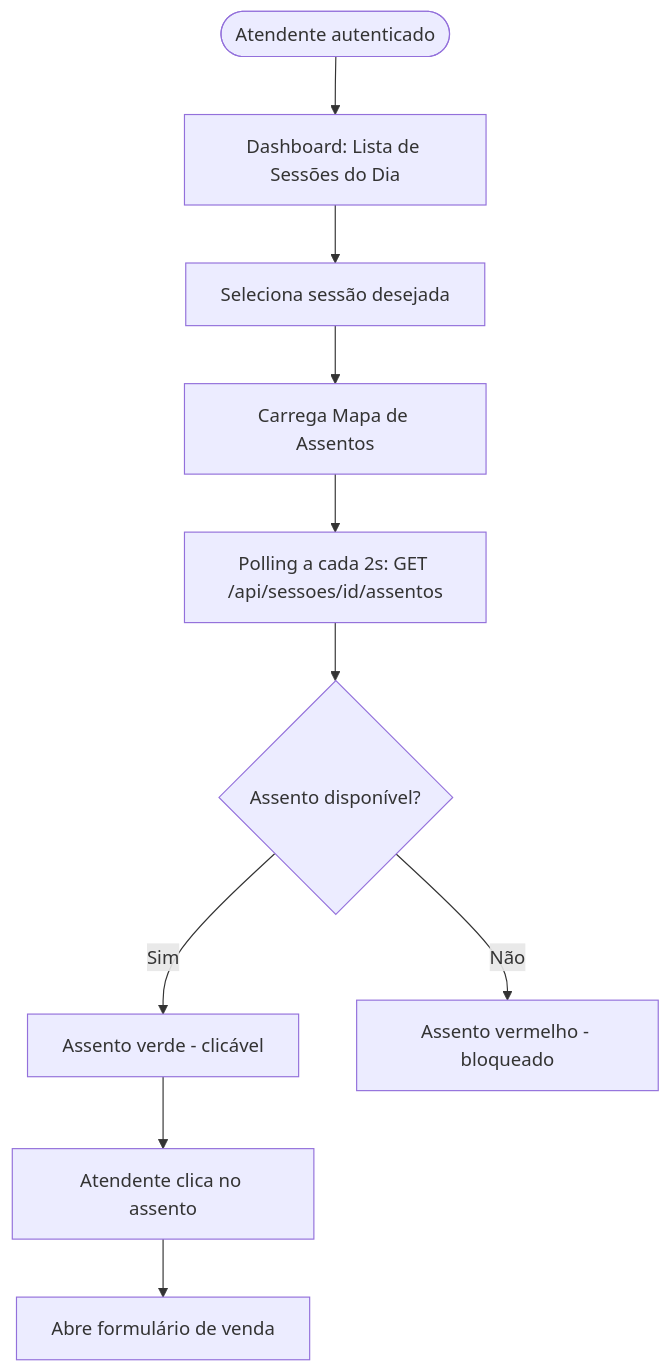
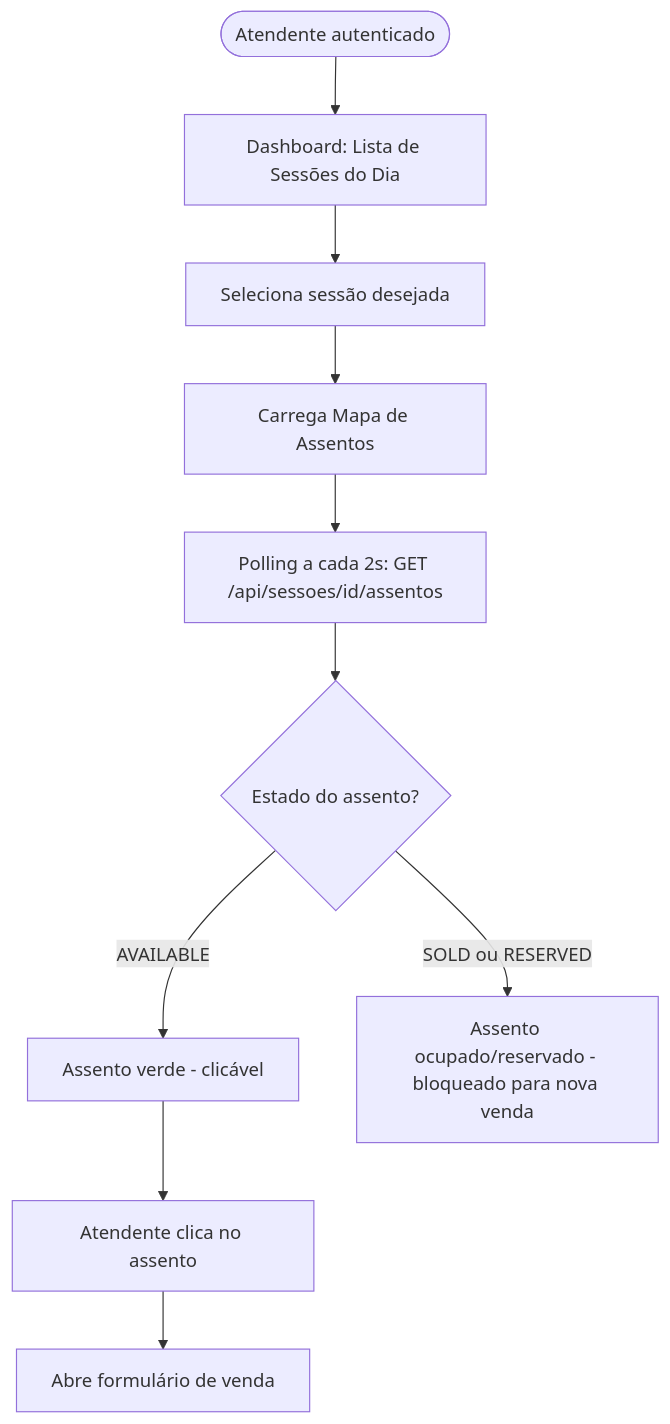
Before and after one commit to CINESOFT-SOLUTIONS/manual-processos-software: the second of 11 diagrams in specs/architecture/ux-design.md, drawn with Mermaid. The commit also changed other lines of this file and 16 other files, not shown here.

````diff
--- a/specs/architecture/ux-design.md
+++ b/specs/architecture/ux-design.md
@@ -45,12 +43,12 @@
 ```mermaid
 flowchart TD
     A([Atendente autenticado]) --> B[Dashboard: Lista de Sessões do Dia]
     B --> C[Seleciona sessão desejada]
     C --> D[Carrega Mapa de Assentos]
     D --> E[Polling a cada 2s: GET /api/sessoes/id/assentos]
-    E --> F{Assento disponível?}
-    F -- Sim --> G[Assento verde - clicável]
-    F -- Não --> H[Assento vermelho - bloqueado]
+    E --> F{Estado do assento?}
+    F -- AVAILABLE --> G[Assento verde - clicável]
+    F -- SOLD ou RESERVED --> H[Assento ocupado/reservado - bloqueado para nova venda]
     G --> I[Atendente clica no assento]
     I --> J[Abre formulário de venda]
 ```
````
